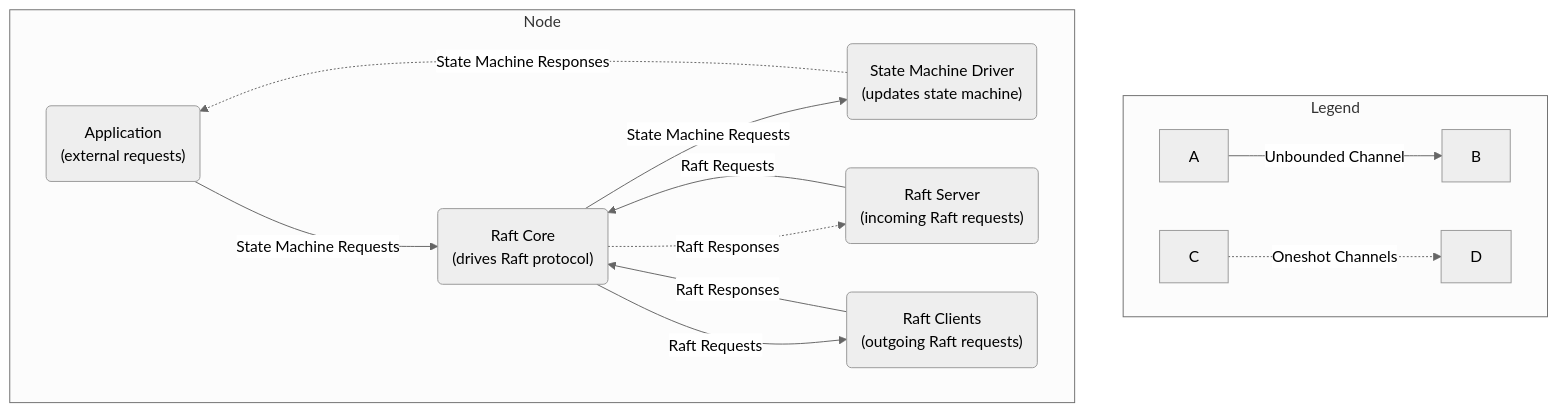
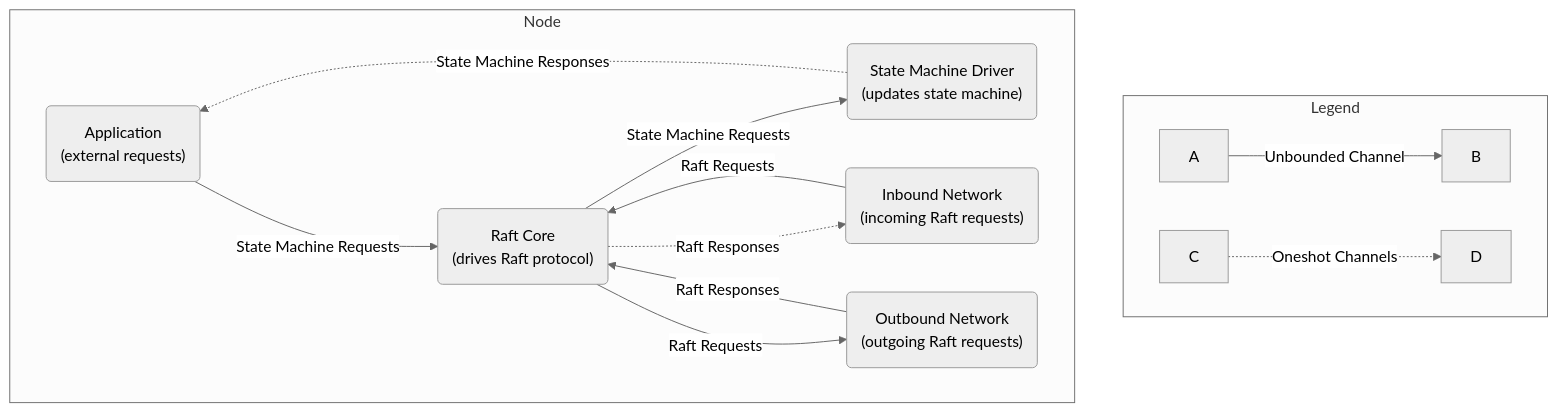
The diagram in docs/architecture.md (dtwitty/charm), drawn with Mermaid (neutral theme) before and after one commit. The commit also changed other lines of this file and 3 other files, not shown here.

````diff
--- a/docs/architecture.md
+++ b/docs/architecture.md
@@ -3,37 +3,37 @@
 ```mermaid
 graph TD
     subgraph legend [Legend]
         direction LR
         A -- Unbounded Channel --> B
         C -. Oneshot Channels .-> D
     end
     subgraph node [Node]
         AP("`
             Application
             (external requests)
         `")
         RS("`
-            Raft Server
+            Inbound Network 
             (incoming Raft requests)
         `")
         SM("`
             State Machine Driver
             (updates state machine)
         `")
         CO("`
             Raft Core
             (drives Raft protocol)
         `")
         RC("`
-            Raft Clients
+            Outbound Network 
             (outgoing Raft requests)
         `")
         AP -- State Machine Requests --> CO
         SM -. State Machine Responses .-> AP
         RS -- Raft Requests --> CO
         CO -. Raft Responses .-> RS
         CO -- Raft Requests --> RC
         CO -- State Machine Requests --> SM
         RC -- Raft Responses --> CO
     end
 ```
````
